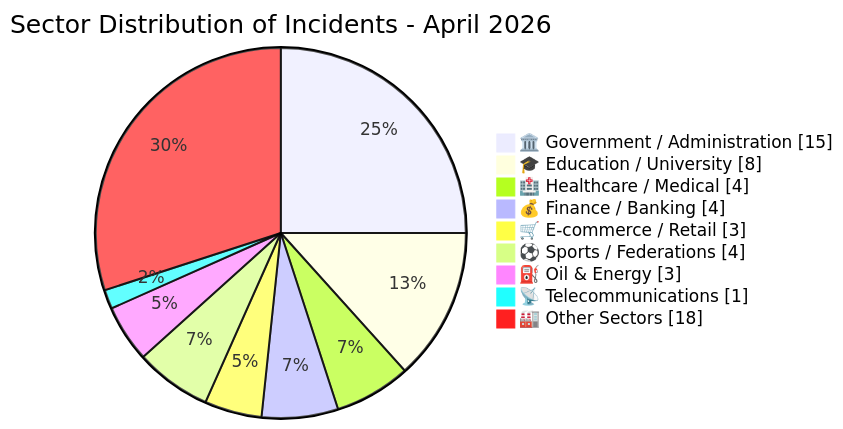
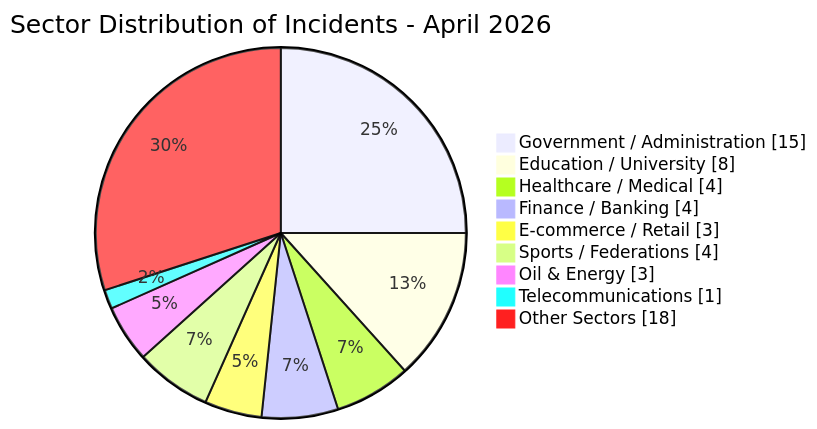
Before and after one commit to Hatchepsoute/AFRINTEL: the fourth of 5 diagrams in CyberAttackAfrica/2026/04-april/README.md, drawn with Mermaid. The commit also changed other lines of this file and 11 other files, not shown here.

First line of the commit message:
fix: remove all emojis from Mermaid labels in Jan-Jun 2026 reports

````diff
--- a/CyberAttackAfrica/2026/04-april/README.md
+++ b/CyberAttackAfrica/2026/04-april/README.md
@@ -233,13 +233,13 @@
 ```mermaid
 pie showData
-    title Sector Distribution of Incidents - April 2026
-    "🏛️ Government / Administration" : 15
-    "🎓 Education / University" : 8
-    "🏥 Healthcare / Medical" : 4
-    "💰 Finance / Banking" : 4
-    "🛒 E-commerce / Retail" : 3
-    "⚽ Sports / Federations" : 4
-    "⛽ Oil & Energy" : 3
-    "📡 Telecommunications" : 1
-    "🏭 Other Sectors" : 18
+ title Sector Distribution of Incidents - April 2026
+ "Government / Administration" : 15
+ "Education / University" : 8
+ "Healthcare / Medical" : 4
+ "Finance / Banking" : 4
+ "E-commerce / Retail" : 3
+ "Sports / Federations" : 4
+ "Oil & Energy" : 3
+ "Telecommunications" : 1
+ "Other Sectors" : 18
 ```
````
